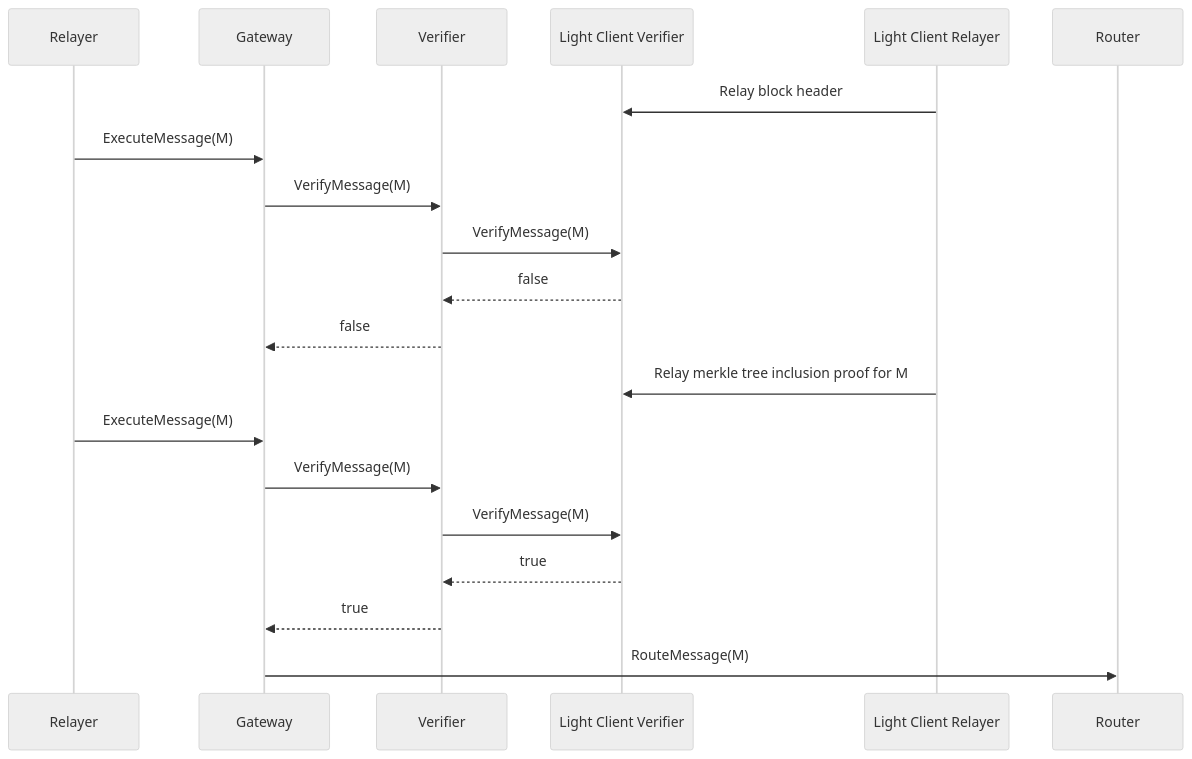
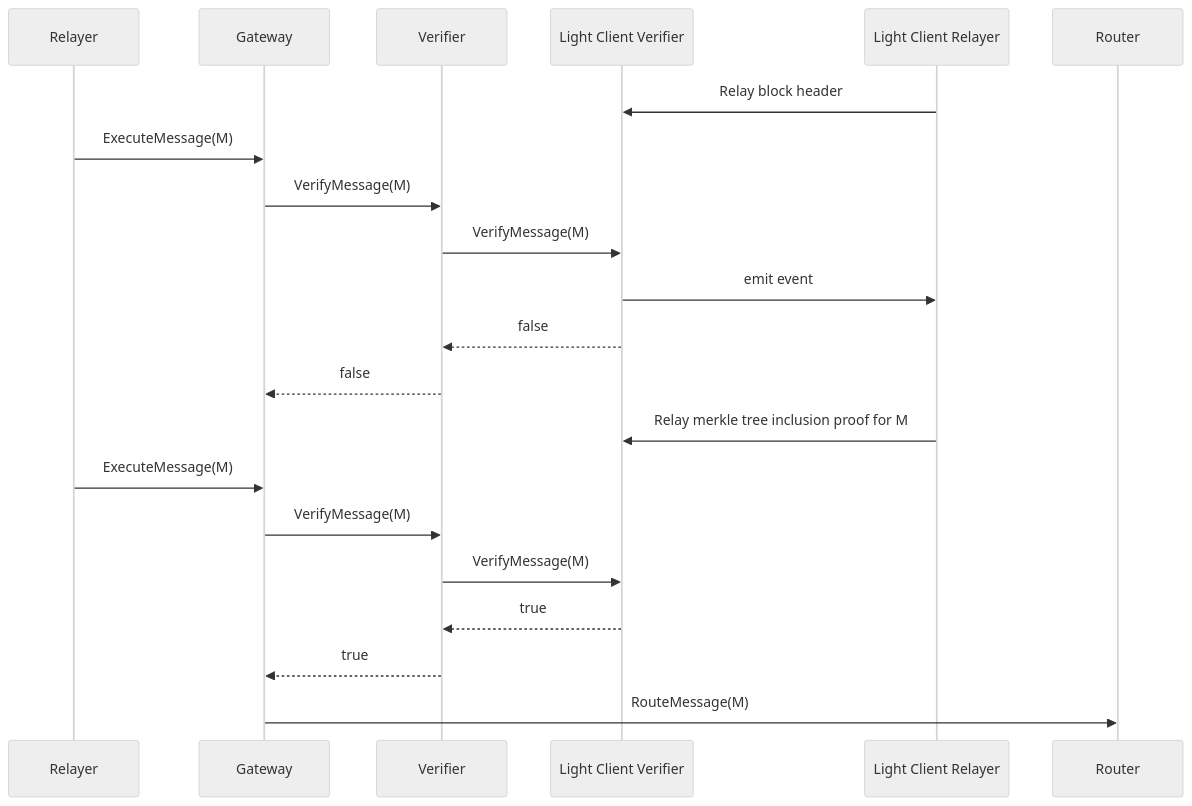
One commit to axelarnetwork/axelar-amplifier changed the ninth of 15 diagrams in README.md. Above: the diagram before and after it, drawn with Mermaid (neutral theme). The commit also changed other lines of this file, not shown here.

Commit message:
show event emission

````diff
--- a/README.md
+++ b/README.md
@@ -240,26 +245,27 @@
 ```mermaid
 sequenceDiagram
     participant Relayer
     participant Gateway
     participant Verifier
     participant Light Client Verifier
     participant Light Client Relayer
     participant Router
 
     Light Client Relayer->>Light Client Verifier: Relay block header
 
     Relayer->>Gateway: ExecuteMessage(M)
     Gateway->>Verifier: VerifyMessage(M)
     Verifier->>Light Client Verifier: VerifyMessage(M)
+    Light Client Verifier->>Light Client Relayer: emit event
     Light Client Verifier-->>Verifier: false
     Verifier-->>Gateway: false
 
     Light Client Relayer->>Light Client Verifier: Relay merkle tree inclusion proof for M
 
     Relayer->>Gateway: ExecuteMessage(M)
     Gateway->>Verifier: VerifyMessage(M)
     Verifier->>Light Client Verifier: VerifyMessage(M)
     Light Client Verifier-->>Verifier: true
     Verifier-->>Gateway: true
     Gateway->>Router: RouteMessage(M)
 ```
````
